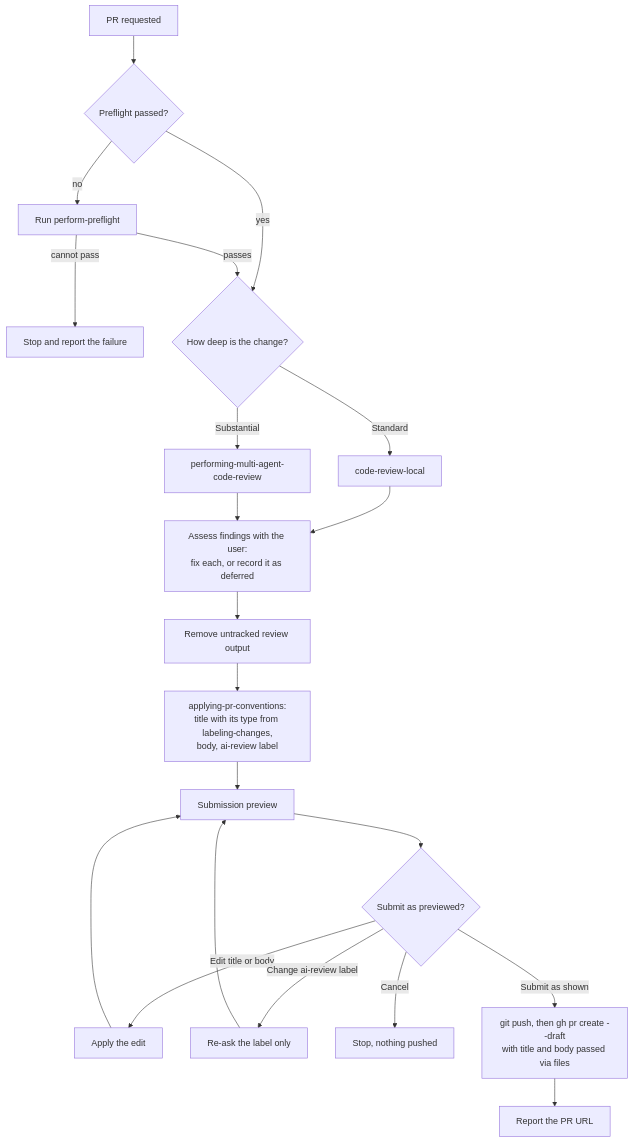
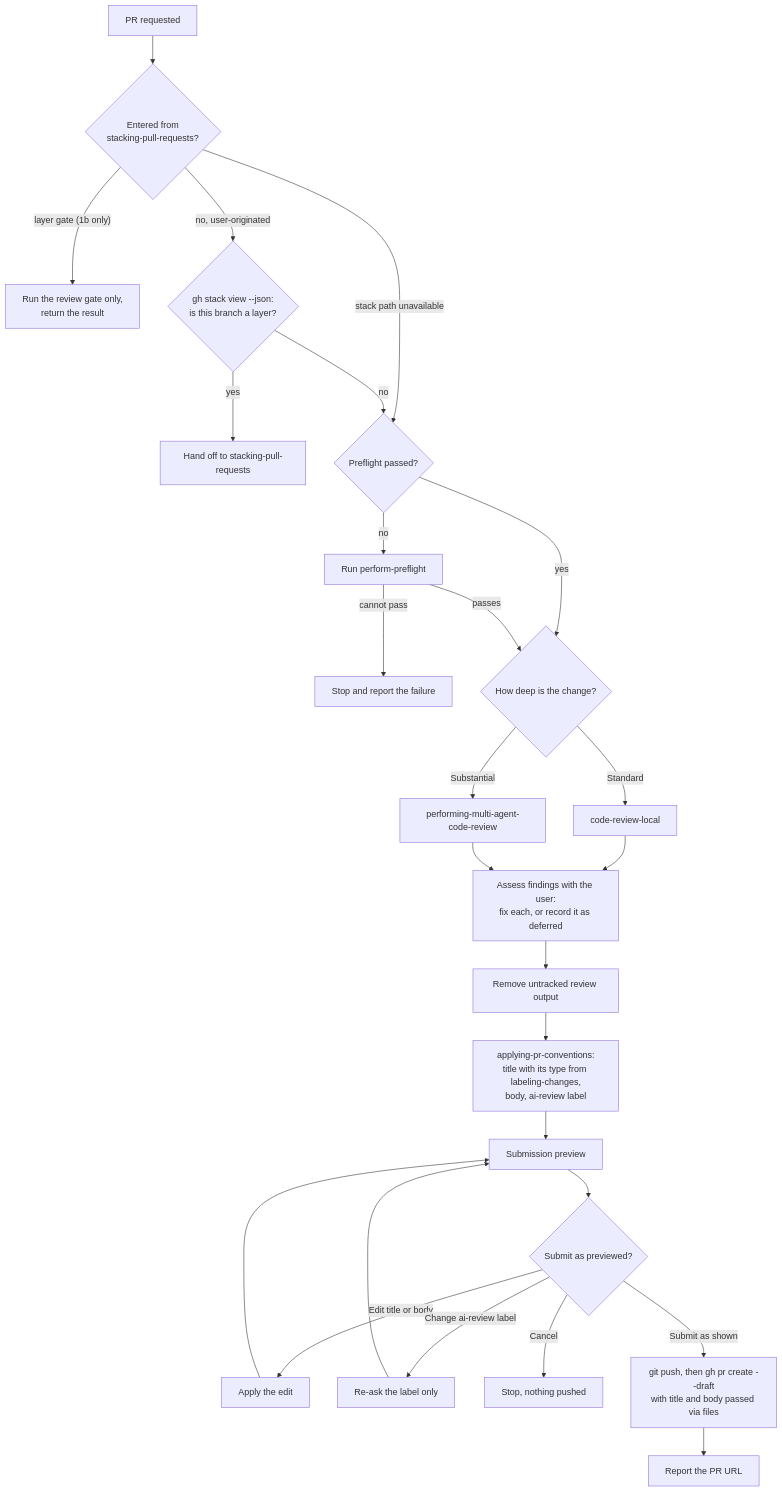
Before and after one commit to bitwarden/ai-plugins: the second of 4 diagrams in plugins/bitwarden-delivery-tools/docs/commit-and-pr-flows.md, drawn with Mermaid. The commit also changed other lines of this file and 19 other files, not shown here.

````diff
--- a/plugins/bitwarden-delivery-tools/docs/commit-and-pr-flows.md
+++ b/plugins/bitwarden-delivery-tools/docs/commit-and-pr-flows.md
@@ -41,41 +43,50 @@
 ```mermaid
 graph TD
     start[PR requested]
+    routed{Entered from<br/>stacking-pull-requests?}
+    gateOnly[Run the review gate only,<br/>return the result]
+    layerProbe{gh stack view --json:<br/>is this branch a layer?}
+    handoff[Hand off to stacking-pull-requests]
     preflightDone{Preflight passed?}
     runPreflight[Run perform-preflight]
     preflightFailed[Stop and report the failure]
     depth{How deep is the change?}
     standard[code-review-local]
     substantial[performing-multi-agent-code-review]
     assess[Assess findings with the user:<br/>fix each, or record it as deferred]
     clean[Remove untracked review output]
     conventions[applying-pr-conventions:<br/>title with its type from labeling-changes,<br/>body, ai-review label]
     preview[Submission preview]
     confirm{Submit as previewed?}
     edit[Apply the edit]
     relabel[Re-ask the label only]
     cancel[Stop, nothing pushed]
     push[git push, then gh pr create --draft<br/>with title and body passed via files]
     url[Report the PR URL]
 
-    start --> preflightDone
+    start --> routed
+    routed -->|"layer gate (1b only)"| gateOnly
+    routed -->|"stack path unavailable"| preflightDone
+    routed -->|no, user-originated| layerProbe
+    layerProbe -->|yes| handoff
+    layerProbe -->|no| preflightDone
     preflightDone -->|yes| depth
     preflightDone -->|no| runPreflight
     runPreflight -->|passes| depth
     runPreflight -->|cannot pass| preflightFailed
     depth -->|Standard| standard
     depth -->|Substantial| substantial
     standard --> assess
     substantial --> assess
     assess --> clean
     clean --> conventions
     conventions --> preview
     preview --> confirm
     confirm -->|Submit as shown| push
     confirm -->|Edit title or body| edit
     confirm -->|Change ai-review label| relabel
     confirm -->|Cancel| cancel
     edit --> preview
     relabel --> preview
     push --> url
 ```
````
